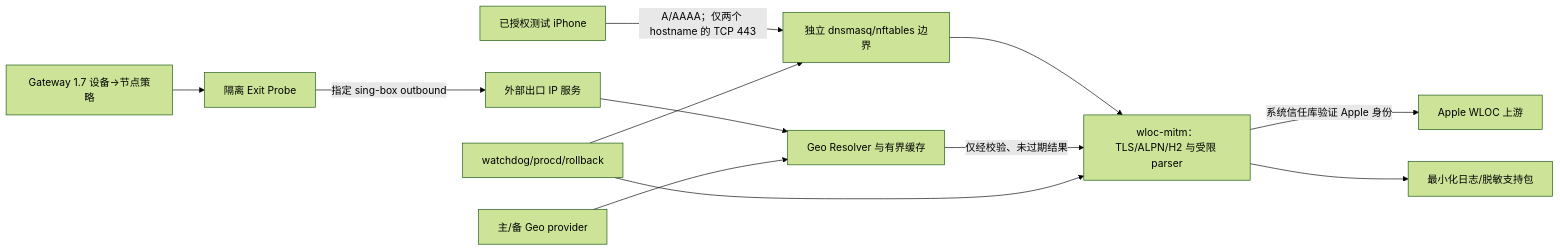
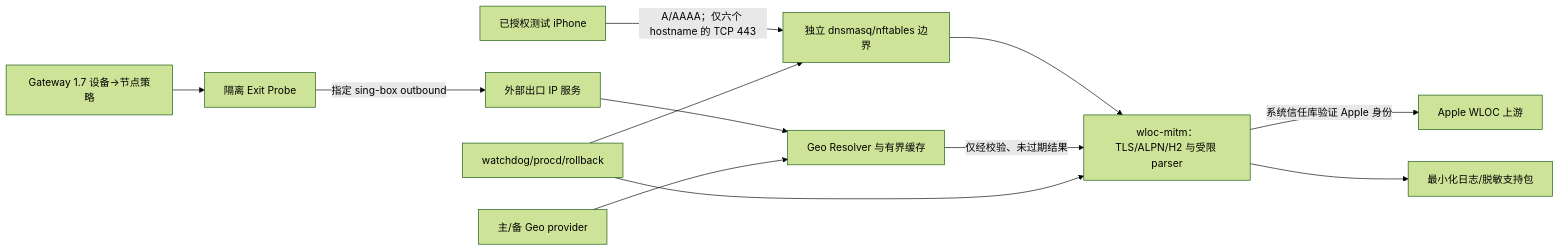
One commit to Rulio723/wificalling-location-gateway changed the diagram in docs/security/WLOC_THREAT_MODEL.md. Above: the diagram before and after it, drawn with Mermaid (forest theme). The commit also changed other lines of this file and 93 other files, not shown here.

````diff
--- a/docs/security/WLOC_THREAT_MODEL.md
+++ b/docs/security/WLOC_THREAT_MODEL.md
@@ -41,14 +41,14 @@
 ```mermaid
 flowchart LR
-    P["已授权测试 iPhone"] -->|"A/AAAA；仅两个 hostname 的 TCP 443"| N["独立 dnsmasq/nftables 边界"]
+    P["已授权测试 iPhone"] -->|"A/AAAA；仅六个 hostname 的 TCP 443"| N["独立 dnsmasq/nftables 边界"]
     N --> M["wloc-mitm：TLS/ALPN/H2 与受限 parser"]
     M -->|"系统信任库验证 Apple 身份"| A["Apple WLOC 上游"]
     G["Gateway 1.7 设备→节点策略"] --> E["隔离 Exit Probe"]
     E -->|"指定 sing-box outbound"| X["外部出口 IP 服务"]
     X --> R["Geo Resolver 与有界缓存"]
     Q["主/备 Geo provider"] --> R
     R -->|"仅经校验、未过期结果"| M
     M --> L["最小化日志/脱敏支持包"]
     W["watchdog/procd/rollback"] --> N
     W --> M
 ```
````
